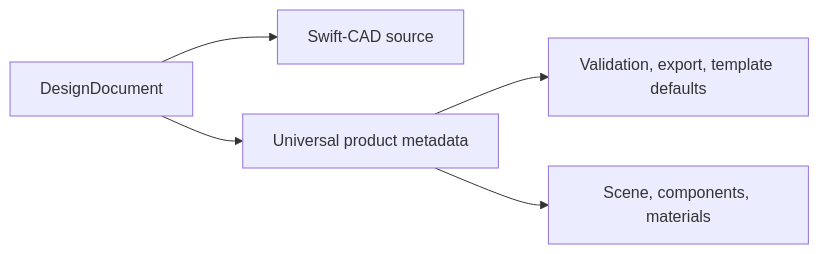
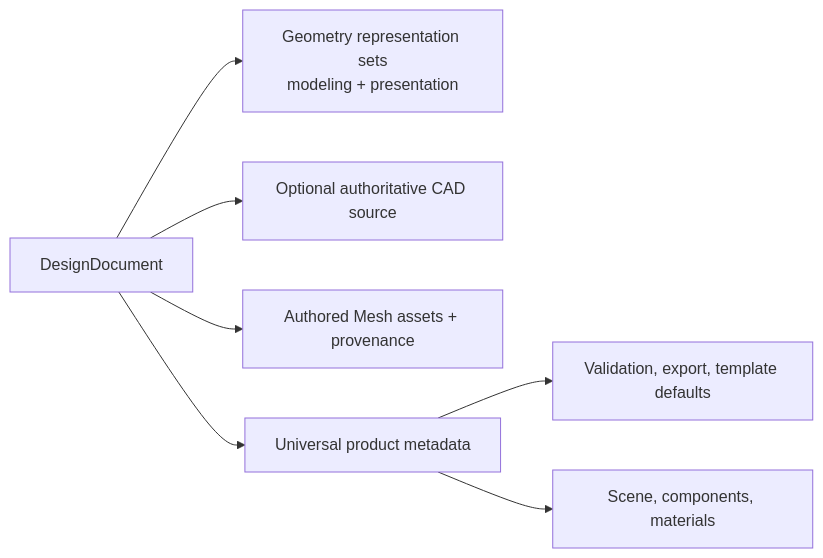
The second of 12 diagrams in Rupa/PHILOSOPHY.md (1amageek/Rupa), drawn with Mermaid before and after one commit. The commit also changed other lines of this file and 5 other files, not shown here.

````diff
--- a/Rupa/PHILOSOPHY.md
+++ b/Rupa/PHILOSOPHY.md
@@ -45,7 +56,9 @@
 ```mermaid
 flowchart LR
-    DesignDoc["DesignDocument"] --> Source["Swift-CAD source"]
+    DesignDoc["DesignDocument"] --> Representations["Geometry representation sets<br/>modeling + presentation"]
+    DesignDoc --> CAD["Optional authoritative CAD source"]
+    DesignDoc --> Mesh["Authored Mesh assets + provenance"]
     DesignDoc --> Metadata["Universal product metadata"]
     Metadata --> Presets["Validation, export, template defaults"]
     Metadata --> Organization["Scene, components, materials"]
 ```
````
